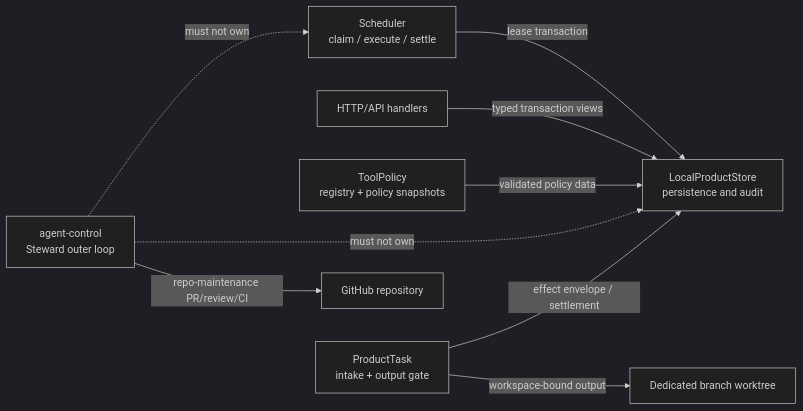
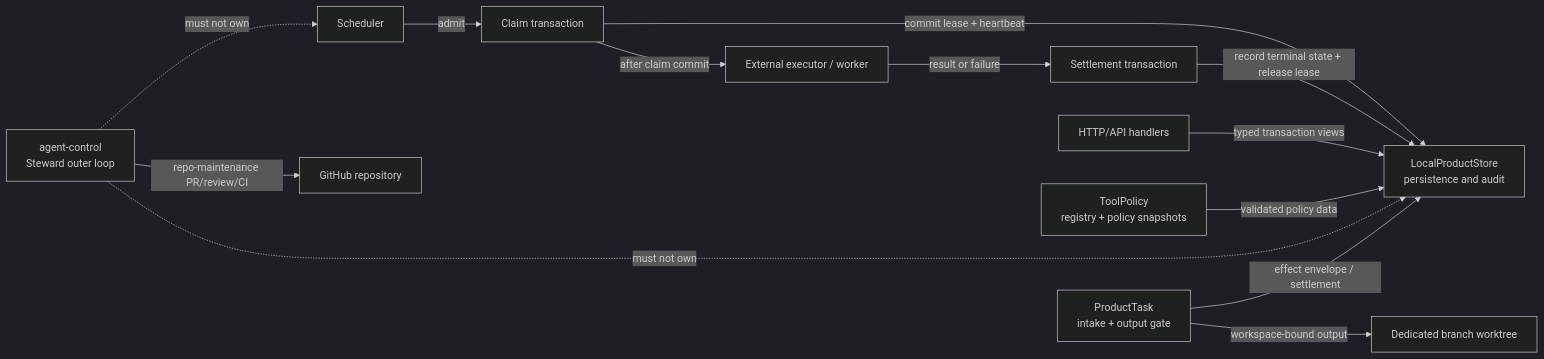
The second of 2 diagrams in docs/ARCHITECTURE.md (Igzela/token-efficient-agent-harness-lab), drawn with Mermaid (dark theme) before and after one commit. The commit also changed other lines of this file and 2 other files, not shown here.

````diff
--- a/docs/ARCHITECTURE.md
+++ b/docs/ARCHITECTURE.md
@@ -86,11 +86,15 @@
 ```mermaid
 flowchart LR
-    SCHED["Scheduler\nclaim / execute / settle"] -->|lease transaction| STORE["LocalProductStore\npersistence and audit"]
+    SCHED["Scheduler"] -->|admit| CLAIM["Claim transaction"]
+    CLAIM -->|commit lease + heartbeat| STORE["LocalProductStore\npersistence and audit"]
+    CLAIM -->|after claim commit| EXEC["External executor / worker"]
+    EXEC -->|result or failure| SETTLE["Settlement transaction"]
+    SETTLE -->|record terminal state + release lease| STORE
     API["HTTP/API handlers"] -->|typed transaction views| STORE
     POLICY["ToolPolicy\nregistry + policy snapshots"] -->|validated policy data| STORE
     TASK["ProductTask\nintake + output gate"] -->|workspace-bound output| TARGET["Dedicated branch worktree"]
     STEWARD["agent-control\nSteward outer loop"] -->|repo-maintenance PR/review/CI| GIT["GitHub repository"]
     STEWARD -. must not own .-> STORE
     STEWARD -. must not own .-> SCHED
     TASK -->|effect envelope / settlement| STORE
 ```
````
